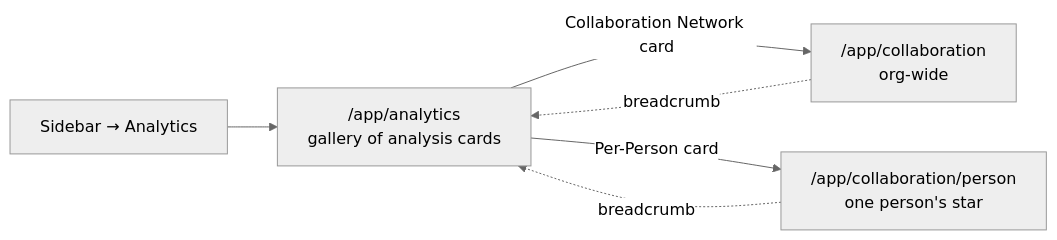
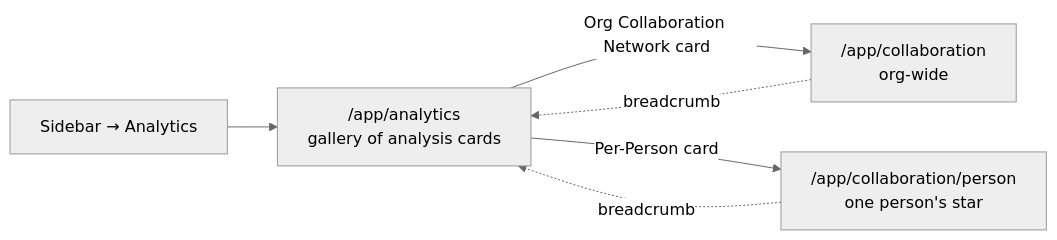
Before and after one commit to shuvabrata/work-behavior-analytics-ai: the fourth of 5 diagrams in docs/design/collaboration-network-design.md, drawn with Mermaid (neutral theme). The commit also changed other lines of this file and 24 other files, not shown here.

````diff
--- a/docs/design/collaboration-network-design.md
+++ b/docs/design/collaboration-network-design.md
@@ -442,8 +450,8 @@
 ```mermaid
 flowchart LR
     SB["Sidebar → Analytics"] --> GAL["/app/analytics<br/>gallery of analysis cards"]
-    GAL -->|"Collaboration Network card"| ORG["/app/collaboration<br/>org-wide"]
+    GAL -->|"Org Collaboration Network card"| ORG["/app/collaboration<br/>org-wide"]
     GAL -->|"Per-Person card"| EGO["/app/collaboration/person<br/>one person's star"]
     ORG -.->|breadcrumb| GAL
     EGO -.->|breadcrumb| GAL
 ```
````
